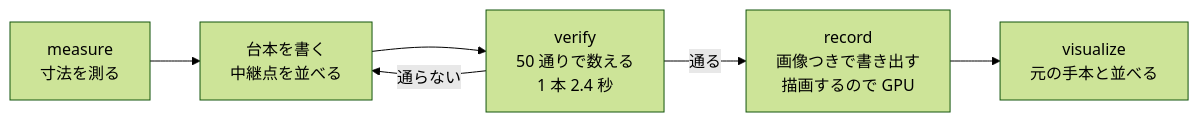
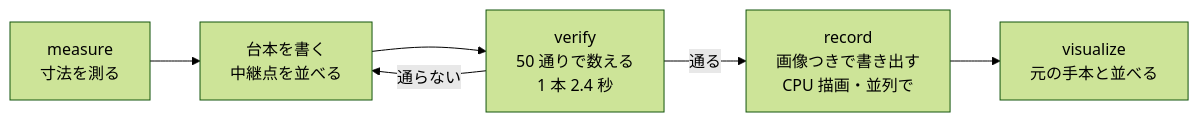
Before and after one commit to siruku6/PARC2026_pre: the first of 2 diagrams in docs/strategy/06_scripted_demos.md, drawn with Mermaid (forest theme). The commit also changed 3 other files, not shown here.

````diff
--- a/docs/strategy/06_scripted_demos.md
+++ b/docs/strategy/06_scripted_demos.md
@@ -76,8 +76,8 @@
 ```mermaid
 flowchart LR
     M["measure<br/>寸法を測る"] --> W["台本を書く<br/>中継点を並べる"]
     W --> V["verify<br/>50 通りで数える<br/>1 本 2.4 秒"]
     V -->|"通らない"| W
-    V -->|"通る"| R["record<br/>画像つきで書き出す<br/>描画するので GPU"]
+    V -->|"通る"| R["record<br/>画像つきで書き出す<br/>CPU 描画・並列で"]
     R --> Z["visualize<br/>元の手本と並べる"]
 ```
````
